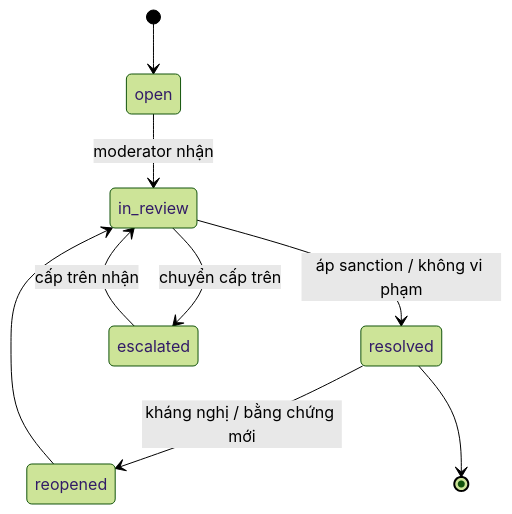
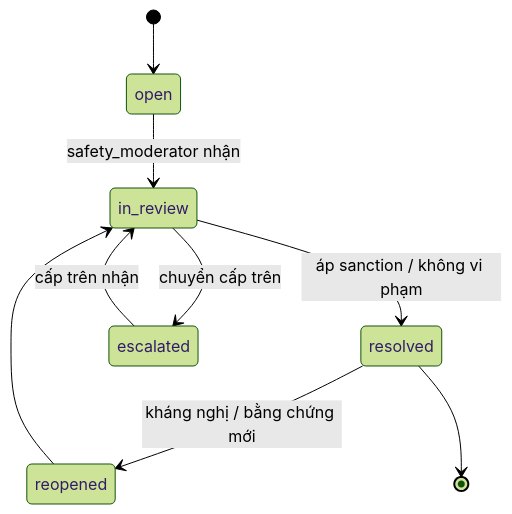
Before and after one commit to tanguyen2020/eduworld-platform: the third of 3 diagrams in docs/03-social-multiplayer/MODERATION.md, drawn with Mermaid (forest theme). The commit also changed other lines of this file and 922 other files, not shown here.

````diff
--- a/docs/03-social-multiplayer/MODERATION.md
+++ b/docs/03-social-multiplayer/MODERATION.md
@@ -176,11 +190,11 @@
 ```mermaid
 stateDiagram-v2
   [*] --> open
-  open --> in_review: moderator nhận
+  open --> in_review: safety_moderator nhận
   in_review --> resolved: áp sanction / không vi phạm
   in_review --> escalated: chuyển cấp trên
   escalated --> in_review: cấp trên nhận
   resolved --> reopened: kháng nghị / bằng chứng mới
   reopened --> in_review
   resolved --> [*]
 ```
````
